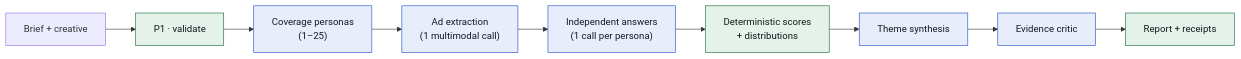
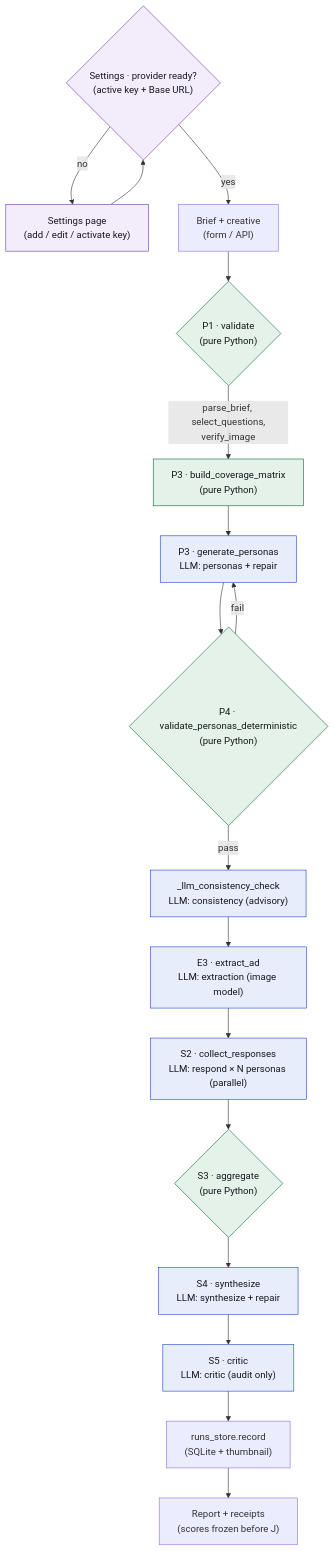
The diagram in README.md (AnanyaP-WDW/AdTestPro), drawn with Mermaid before and after one commit. The commit also changed other lines of this file and 24 other files, not shown here.

First line of the commit message:
feat: provider key manager, run history, and dual-license

````diff
--- a/README.md
+++ b/README.md
@@ -129,15 +136,27 @@
 ```mermaid
-flowchart LR
-    A["Brief + creative"] --> B["P1 · validate"]
-    B --> C["Coverage personas<br/>(1–25)"]
-    C --> D["Ad extraction<br/>(1 multimodal call)"]
-    D --> E["Independent answers<br/>(1 call per persona)"]
-    E --> F["Deterministic scores<br/>+ distributions"]
-    F --> G["Theme synthesis"]
-    G --> H["Evidence critic"]
-    H --> I["Report + receipts"]
+flowchart TD
+    A0{"Settings · provider ready?<br/>(active key + Base URL)"}
+    A0 -->|"no"| S0["Settings page<br/>(add / edit / activate key)"]
+    S0 --> A0
+    A0 -->|"yes"| A["Brief + creative<br/>(form / API)"]
+    A --> B{"P1 · validate<br/>(pure Python)"}
+    B -->|"parse_brief, select_questions,<br/>verify_image"| C["P3 · build_coverage_matrix<br/>(pure Python)"]
+    C --> D["P3 · generate_personas<br/>LLM: personas + repair"]
+    D --> E{"P4 · validate_personas_deterministic<br/>(pure Python)"}
+    E -->|"fail"| D
+    E -->|"pass"| F["_llm_consistency_check<br/>LLM: consistency (advisory)"]
+    F --> G["E3 · extract_ad<br/>LLM: extraction (image model)"]
+    G --> H["S2 · collect_responses<br/>LLM: respond × N personas (parallel)"]
+    H --> I{"S3 · aggregate<br/>(pure Python)"}
+    I --> J["S4 · synthesize<br/>LLM: synthesize + repair"]
+    J --> K["S5 · critic<br/>LLM: critic (audit only)"]
+    K --> M["runs_store.record<br/>(SQLite + thumbnail)"]
+    M --> L["Report + receipts<br/>(scores frozen before J)"]
+
     classDef llm fill:#e8edfb,stroke:#1e4bc8,color:#16181d;
     classDef py fill:#e4f2e9,stroke:#14663c,color:#16181d;
-    class C,D,E,G,H llm;
-    class B,F,I py;
+    classDef ui fill:#f3ecfb,stroke:#6b3fa0,color:#16181d;
+    class A0,S0 ui;
+    class D,F,G,H,J,K llm;
+    class B,C,E,I py;
 ```
````
